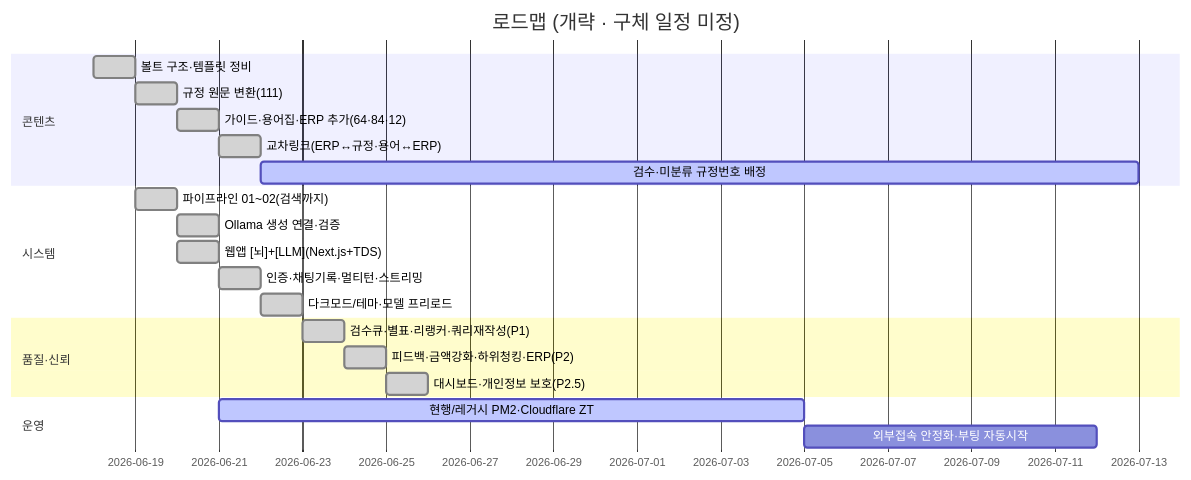
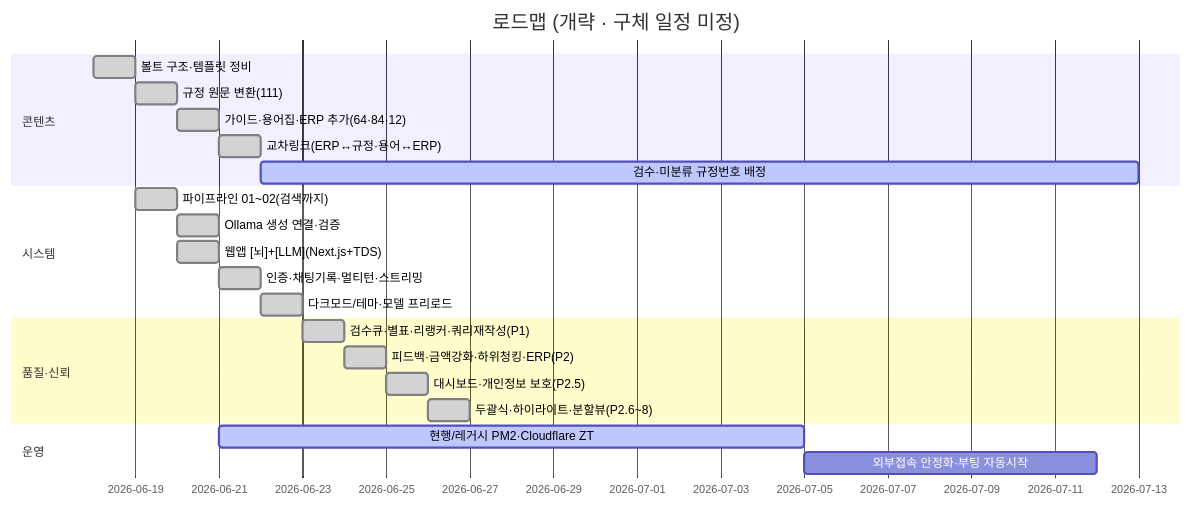
One commit to mooner92/KEIAdminSuperv changed the third of 3 diagrams in README.md. Above: the diagram before and after it, drawn with Mermaid. The commit also changed other lines of this file, not shown here.

````diff
--- a/README.md
+++ b/README.md
@@ -373,24 +417,25 @@
 ```mermaid
 gantt
     title 로드맵 (개략 · 구체 일정 미정)
     dateFormat YYYY-MM-DD
     section 콘텐츠
     볼트 구조·템플릿 정비             :done, a1, 2026-06-18, 1d
     규정 원문 변환(111)               :done, a2, after a1, 1d
     가이드·용어집·ERP 추가(64·84·12)  :done, a3, after a2, 1d
     교차링크(ERP↔규정·용어↔ERP)       :done, a4, after a3, 1d
     검수·미분류 규정번호 배정         :active, a5, after a4, 21d
     section 시스템
     파이프라인 01~02(검색까지)        :done, b1, after a1, 1d
     Ollama 생성 연결·검증             :done, b2, after b1, 1d
     웹앱 [뇌]+[LLM](Next.js+TDS)      :done, b3, after b1, 1d
     인증·채팅기록·멀티턴·스트리밍     :done, b4, after b3, 1d
     다크모드/테마·모델 프리로드       :done, b5, after b4, 1d
     section 품질·신뢰
     검수큐·별표·리랭커·쿼리재작성(P1) :done, q1, after b5, 1d
     피드백·금액강화·하위청킹·ERP(P2)  :done, q2, after q1, 1d
     대시보드·개인정보 보호(P2.5)      :done, q3, after q2, 1d
+    두괄식·하이라이트·분할뷰(P2.6~8)  :done, q4, after q3, 1d
     section 운영
     현행/레거시 PM2·Cloudflare ZT     :active, c1, after b3, 14d
     외부접속 안정화·부팅 자동시작     :         c2, after c1, 7d
 ```
````
